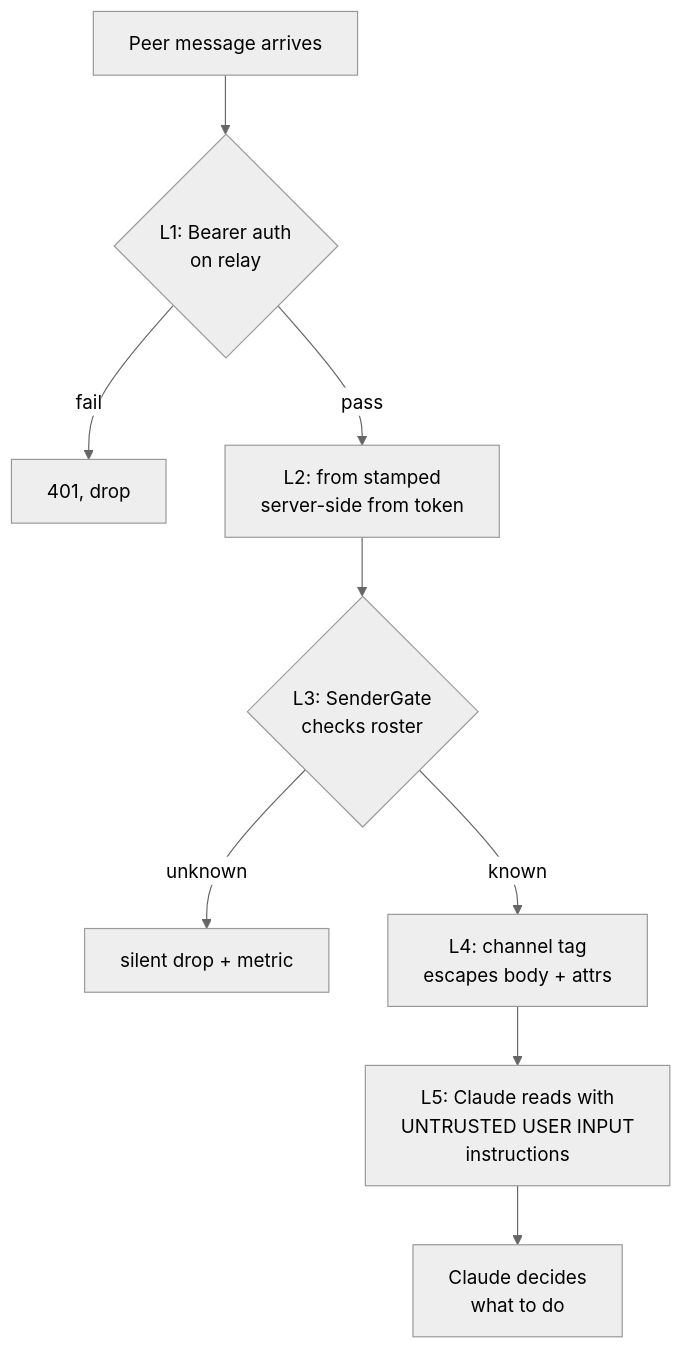
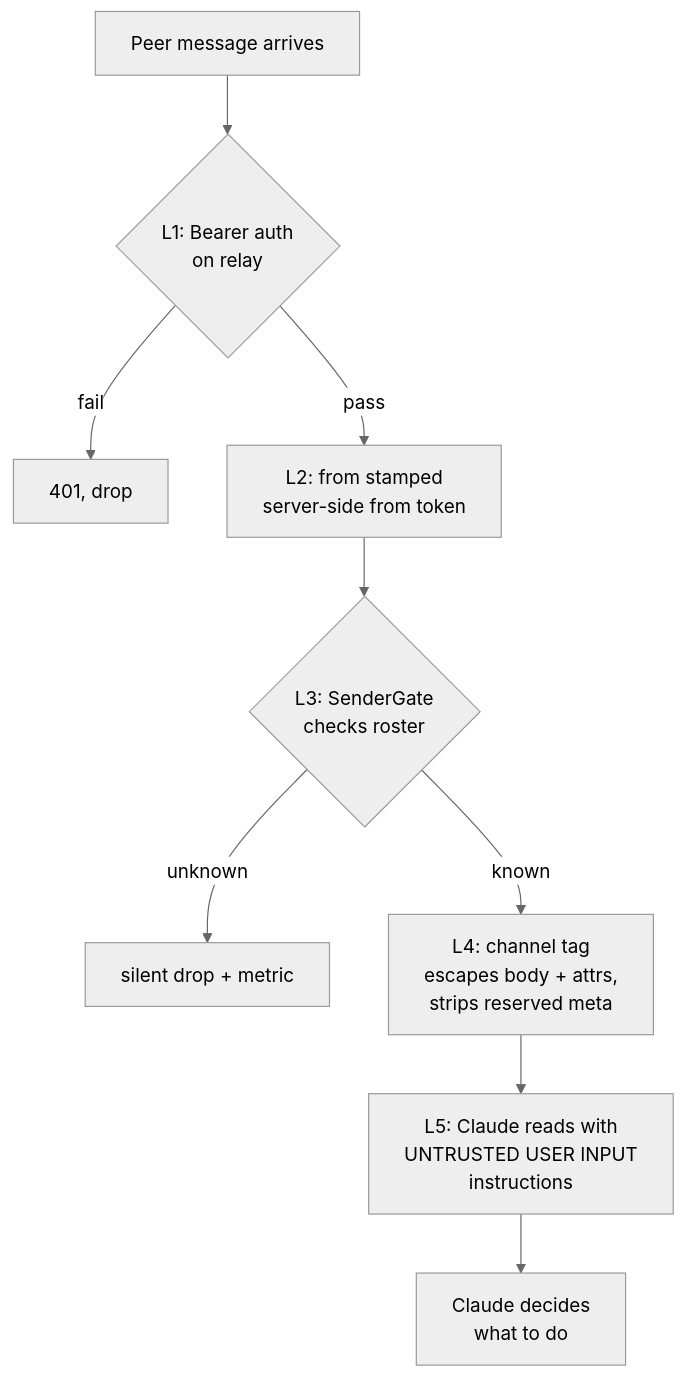
The fifth of 5 diagrams in README.md (pouriamrt/claude-mesh), drawn with Mermaid (neutral theme) before and after one commit. The commit also changed other lines of this file and 2 other files, not shown here.

Commit message:
docs: bring the security model in line with the new defenses
SECURITY.md and the README security model now list the reserved channel
attributes, the server-set kind, the relay-side verdict check, fail-closed
verdicts, and how a peer's permission request reaches the approver.
CHANNELS-FEEDBACK states the -p finding for the version we checked
instead of claiming the deleted tests could never have passed.

````diff
--- a/README.md
+++ b/README.md
@@ -736,11 +736,11 @@
 ```mermaid
 flowchart TB
   A[Peer message arrives] --> L1{L1: Bearer auth<br/>on relay}
   L1 -->|fail| X1[401, drop]
   L1 -->|pass| L2[L2: from stamped<br/>server-side from token]
   L2 --> L3{L3: SenderGate<br/>checks roster}
   L3 -->|unknown| X2[silent drop + metric]
-  L3 -->|known| L4[L4: channel tag<br/>escapes body + attrs]
+  L3 -->|known| L4[L4: channel tag<br/>escapes body + attrs,<br/>strips reserved meta]
   L4 --> L5[L5: Claude reads with<br/>UNTRUSTED USER INPUT<br/>instructions]
   L5 --> OK[Claude decides<br/>what to do]
 ```
````
